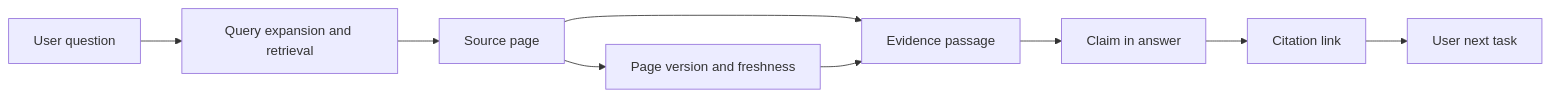
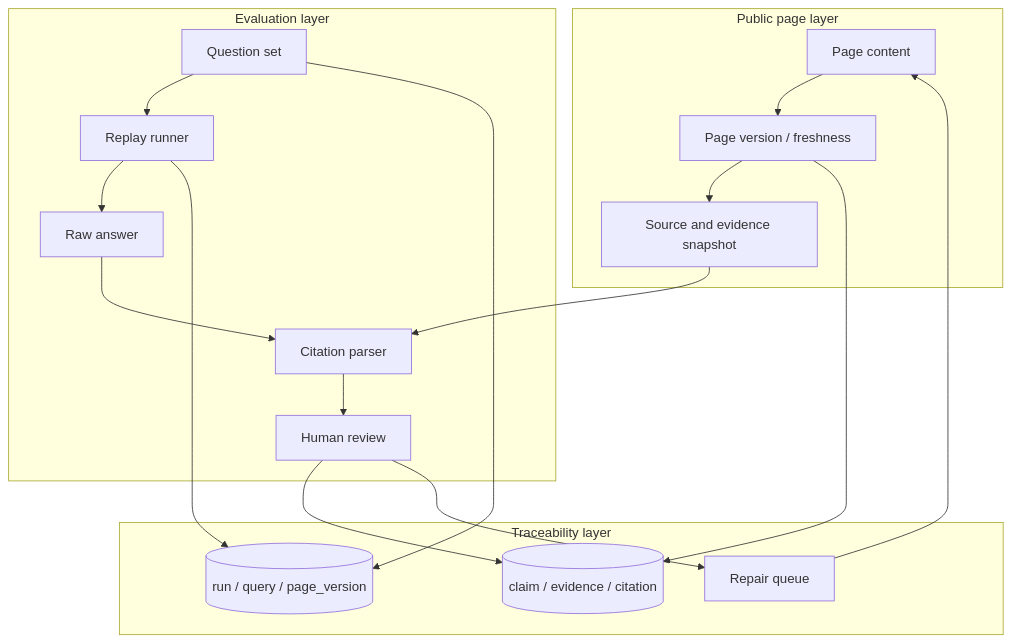
The second of 3 diagrams in src/content/writing/2026/08/seo-to-geo-engineering/en.md (Liyuk/liyuk.github.io), drawn with Mermaid before and after one commit. The commit also changed other lines of this file and 46 other files, not shown here.

````diff
--- a/src/content/writing/2026/08/seo-to-geo-engineering/en.md
+++ b/src/content/writing/2026/08/seo-to-geo-engineering/en.md
@@ -76,11 +105,28 @@
 ```mermaid
-flowchart LR
-  A[User question] --> B[Query expansion and retrieval]
-  B --> C[Source page]
-  C --> D[Evidence passage]
-  D --> E[Claim in answer]
-  E --> F[Citation link]
-  F --> G[User next task]
-  C --> H[Page version and freshness]
+flowchart TB
+  subgraph Public[Public page layer]
+    P[Page content]
+    V[Page version / freshness]
+    S[Source and evidence snapshot]
+  end
+  subgraph Eval[Evaluation layer]
+    Q[Question set]
+    R[Replay runner]
+    A[Raw answer]
+    C[Citation parser]
+    H[Human review]
+  end
+  subgraph Data[Traceability layer]
+    D[(claim / evidence / citation)]
+    M[(run / query / page_version)]
+    X[Repair queue]
+  end
+  P --> V --> S
+  Q --> R --> A --> C --> H
+  V --> D
+  S --> C
+  Q --> M
+  R --> M
   H --> D
+  H --> X --> P
 ```
````
